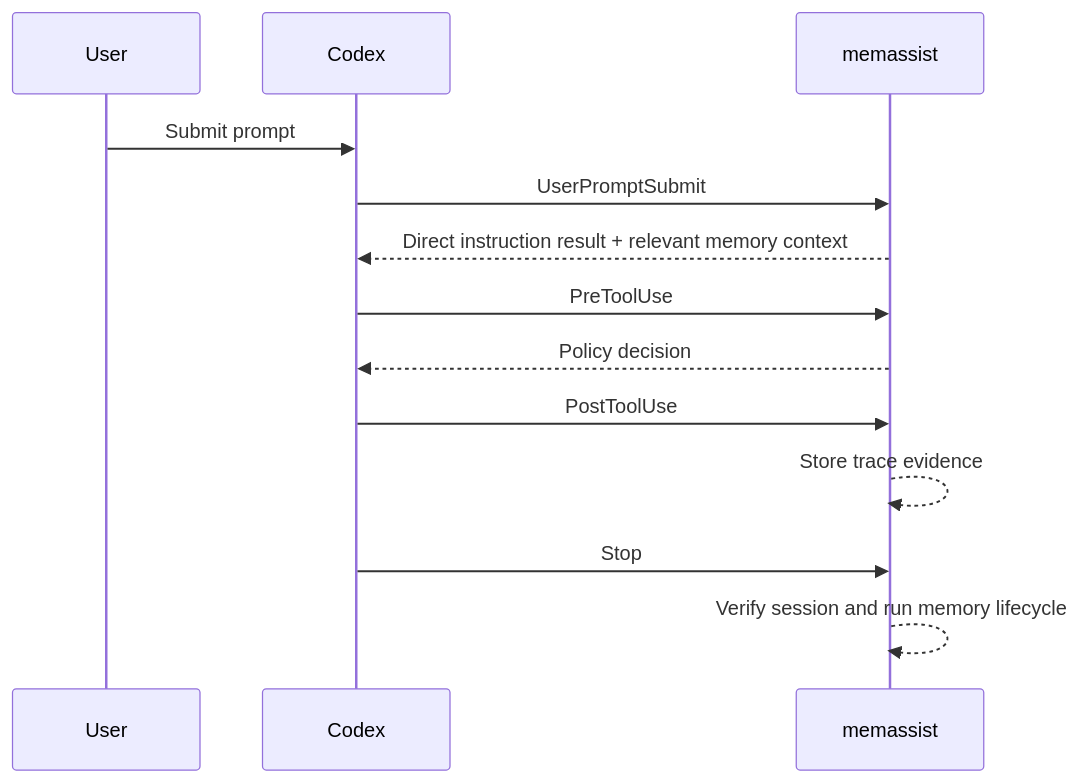
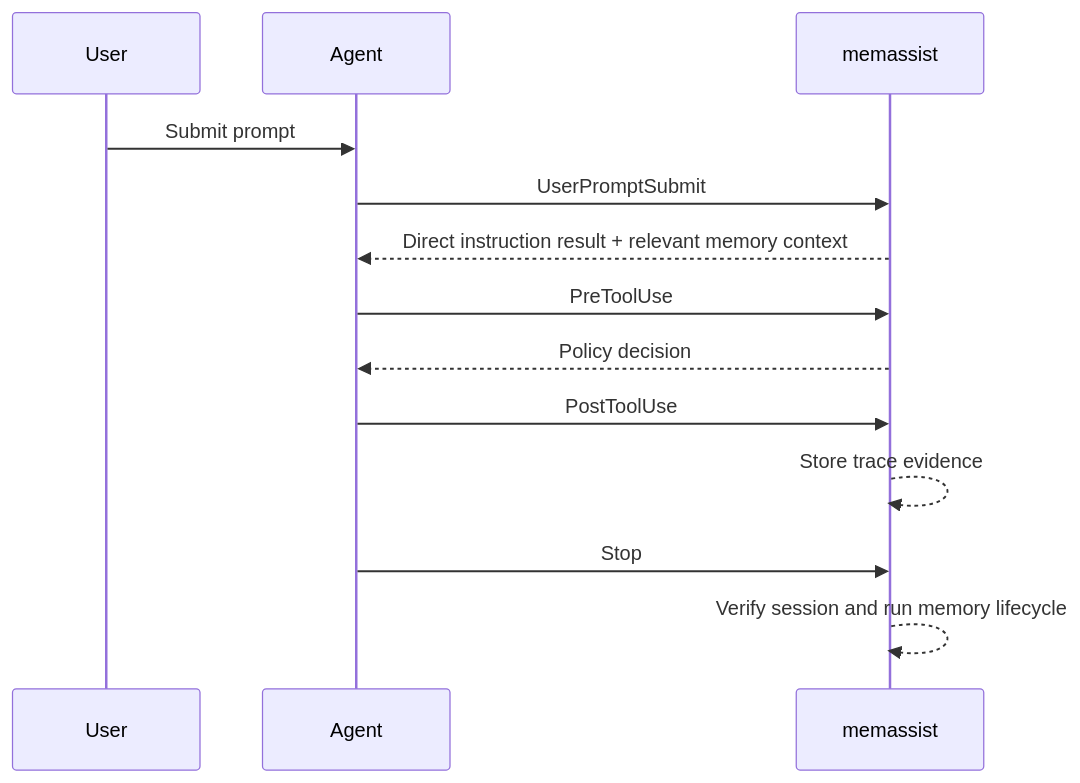
One commit to lteawoo/MemAssist changed the second of 5 diagrams in README.md. Above: the diagram before and after it, drawn with Mermaid. The commit also changed other lines of this file and 1 other file, not shown here.

````diff
--- a/README.md
+++ b/README.md
@@ -121,16 +151,16 @@
 ```mermaid
 sequenceDiagram
     participant U as User
-    participant C as Codex
+    participant A as Agent
     participant M as memassist
 
-    U->>C: Submit prompt
-    C->>M: UserPromptSubmit
-    M-->>C: Direct instruction result + relevant memory context
-    C->>M: PreToolUse
-    M-->>C: Policy decision
-    C->>M: PostToolUse
+    U->>A: Submit prompt
+    A->>M: UserPromptSubmit
+    M-->>A: Direct instruction result + relevant memory context
+    A->>M: PreToolUse
+    M-->>A: Policy decision
+    A->>M: PostToolUse
     M-->>M: Store trace evidence
-    C->>M: Stop
+    A->>M: Stop
     M-->>M: Verify session and run memory lifecycle
 ```
````
